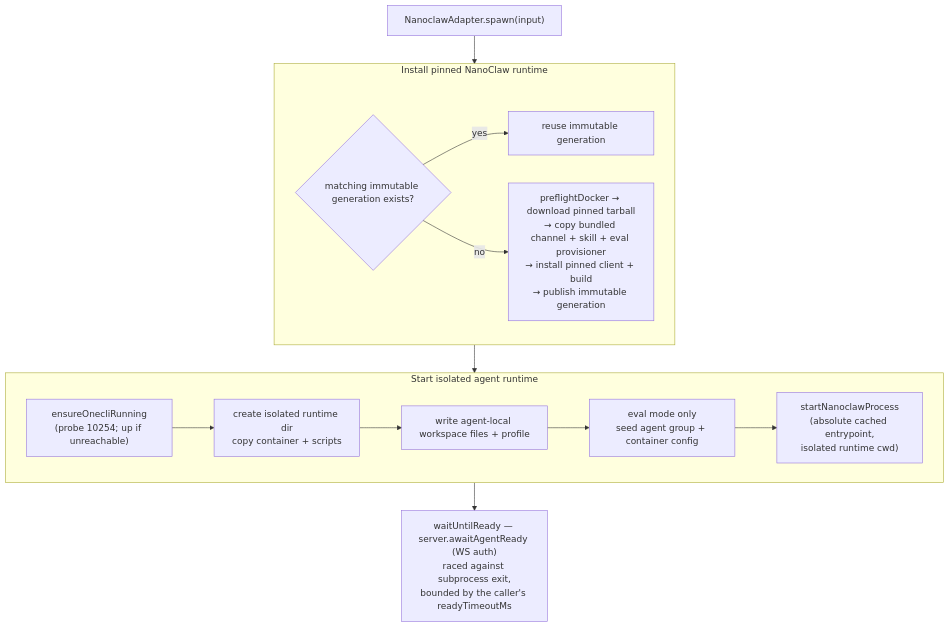
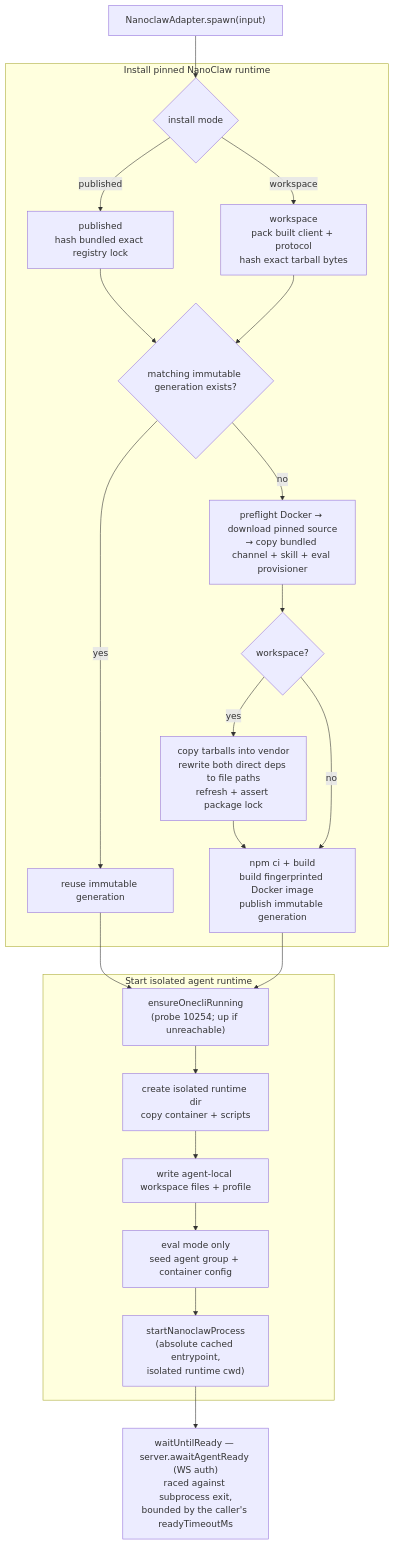
The fourth of 6 diagrams in docs/modules/testbed/src.mdx (chughtapan/moltzap), drawn with Mermaid before and after one commit. The commit also changed other lines of this file and 28 other files, not shown here.

First line of the commit message:
feat(testbed): dual-mode channel install across both runtime adapters

````diff
--- a/docs/modules/testbed/src.mdx
+++ b/docs/modules/testbed/src.mdx
@@ -237,21 +253,34 @@
 ```mermaid
 flowchart TD
   NS["NanoclawAdapter.spawn(input)"]
   subgraph P1["Install pinned NanoClaw runtime"]
+    P1M{"install mode"}
+    P1P["published<br>hash bundled exact registry lock"]
+    P1WSRC["workspace<br>pack built client + protocol<br>hash exact tarball bytes"]
     P1C{"matching immutable generation exists?"}
     P1WARM["reuse immutable generation"]
-    P1COLD["preflightDocker → download pinned tarball<br>→ copy bundled channel + skill + eval provisioner<br>→ install pinned client + build<br>→ publish immutable generation"]
+    P1COLD["preflight Docker → download pinned source<br>→ copy bundled channel + skill + eval provisioner"]
+    P1CM{"workspace?"}
+    P1VENDOR["copy tarballs into vendor<br>rewrite both direct deps to file paths<br>refresh + assert package lock"]
+    P1BUILD["npm ci + build<br>build fingerprinted Docker image<br>publish immutable generation"]
+    P1M -->|published| P1P --> P1C
+    P1M -->|workspace| P1WSRC --> P1C
     P1C -->|yes| P1WARM
-    P1C -->|no| P1COLD
+    P1C -->|no| P1COLD --> P1CM
+    P1CM -->|yes| P1VENDOR --> P1BUILD
+    P1CM -->|no| P1BUILD
   end
   subgraph P2["Start isolated agent runtime"]
     P2DIR["create isolated runtime dir<br>copy container + scripts"]
     P2OC["ensureOnecliRunning<br>(probe 10254; up if unreachable)"]
     P2WS["write agent-local workspace files + profile"]
     P2EVAL["eval mode only<br>seed agent group + container config"]
     P2SP["startNanoclawProcess<br>(absolute cached entrypoint,<br>isolated runtime cwd)"]
     P2OC --> P2DIR --> P2WS --> P2EVAL --> P2SP
   end
   NCR["waitUntilReady — server.awaitAgentReady (WS auth)<br>raced against subprocess exit,<br>bounded by the caller's readyTimeoutMs"]
-  NS --> P1 --> P2 --> NCR
+  NS --> P1M
+  P1WARM --> P2OC
+  P1BUILD --> P2OC
+  P2SP --> NCR
 ```
````
